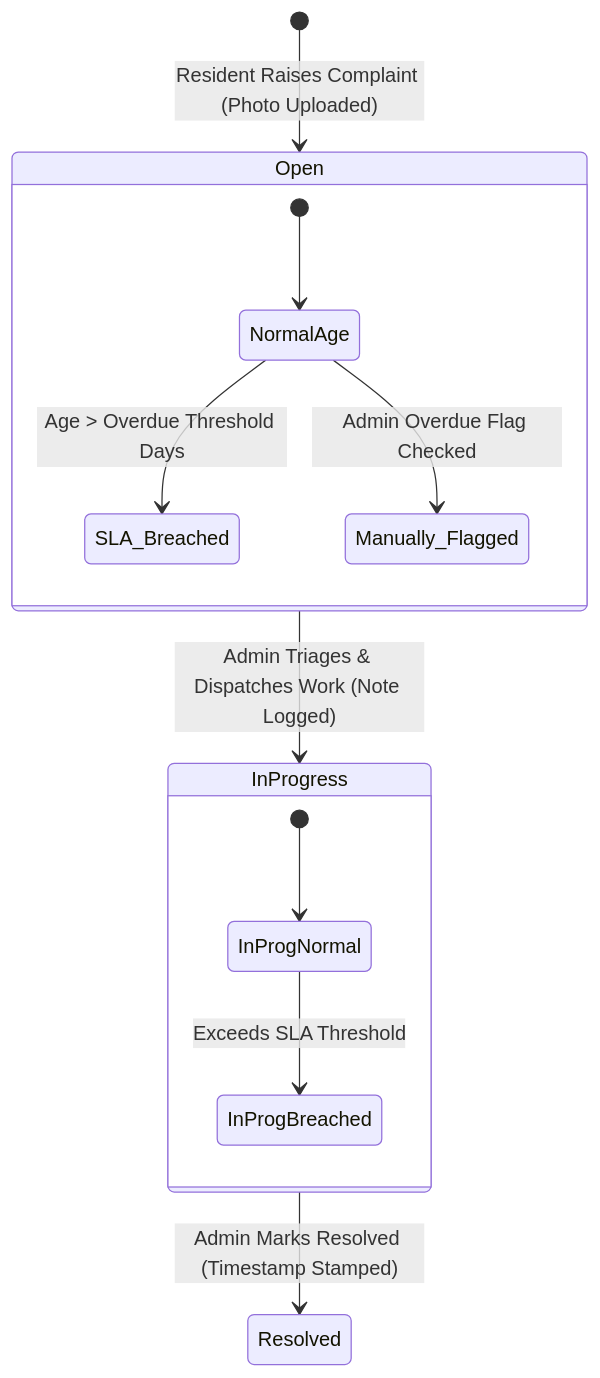
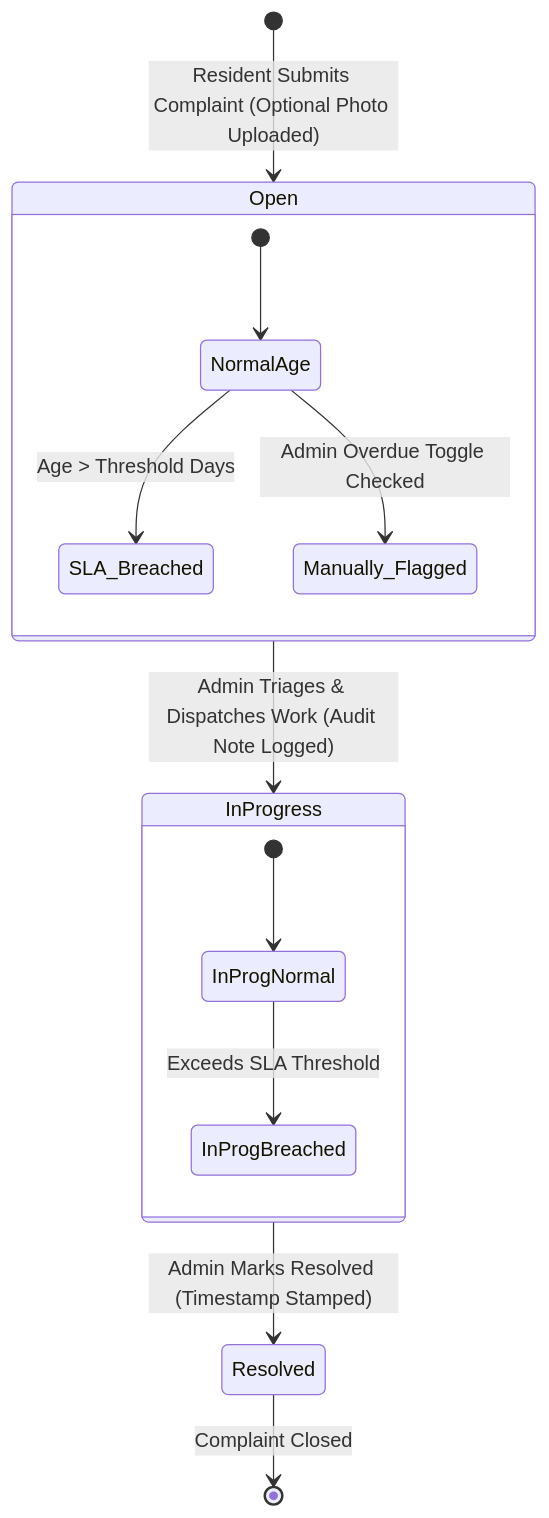
Before and after one commit to Sudhanshub27/unthinkable-assignment: the second of 3 diagrams in README.md, drawn with Mermaid. The commit also changed other lines of this file and 1 other file, not shown here.

````diff
--- a/README.md
+++ b/README.md
@@ -84,17 +139,20 @@
 ```mermaid
 stateDiagram-v2
-    [*] --> Open: Resident Raises Complaint (Photo Uploaded)
-    Open --> InProgress: Admin Triages & Dispatches Work (Note Logged)
-    InProgress --> Resolved: Admin Marks Resolved (Timestamp Stamped)
+    [*] --> Open: Resident Submits Complaint (Optional Photo Uploaded)
     
     state Open {
         [*] --> NormalAge
-        NormalAge --> SLA_Breached: Age > Overdue Threshold Days
-        NormalAge --> Manually_Flagged: Admin Overdue Flag Checked
+        NormalAge --> SLA_Breached: Age > Threshold Days
+        NormalAge --> Manually_Flagged: Admin Overdue Toggle Checked
     }
+    
+    Open --> InProgress: Admin Triages & Dispatches Work (Audit Note Logged)
     
     state InProgress {
         [*] --> InProgNormal
         InProgNormal --> InProgBreached: Exceeds SLA Threshold
     }
+    
+    InProgress --> Resolved: Admin Marks Resolved (Timestamp Stamped)
+    Resolved --> [*]: Complaint Closed
 ```
````
